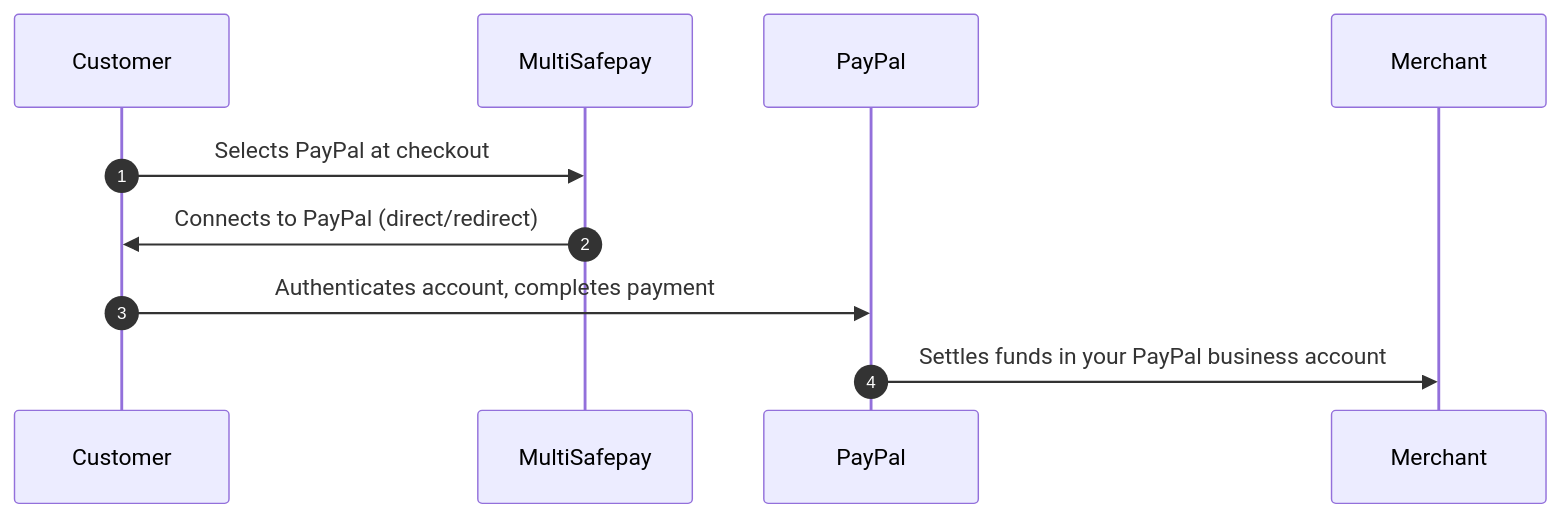
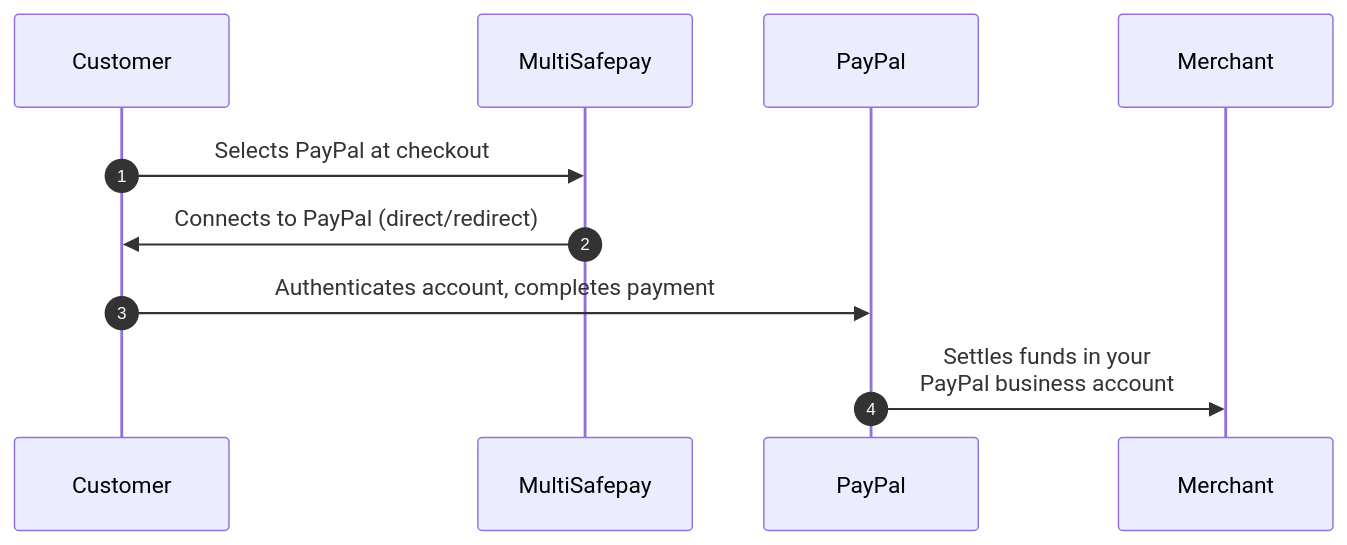
One commit to MultiSafepay/docs changed the diagram in content/payments/methods/wallet/paypal/payment-flow.md. Above: the diagram before and after it, drawn with Mermaid. The commit also changed other lines of this file and 37 other files, not shown here.

```diff
--- a/content/payments/methods/wallet/paypal/payment-flow.md
+++ b/content/payments/methods/wallet/paypal/payment-flow.md
@@ -16,15 +16,15 @@
 {{< mermaid class="text-center" >}}
 
 sequenceDiagram
     autonumber
     participant C as Customer
     participant Mu as MultiSafepay
     participant P as PayPal
     participant Me as Merchant
 
     C->>Mu: Selects PayPal at checkout
     Mu->>C: Connects to PayPal (direct/redirect)
     C->>P: Authenticates account, completes payment 
-    P->>Me: Settles funds in your PayPal business account
+    P->>Me: Settles funds in your <br> PayPal business account
 
 {{< /mermaid >}}
```
